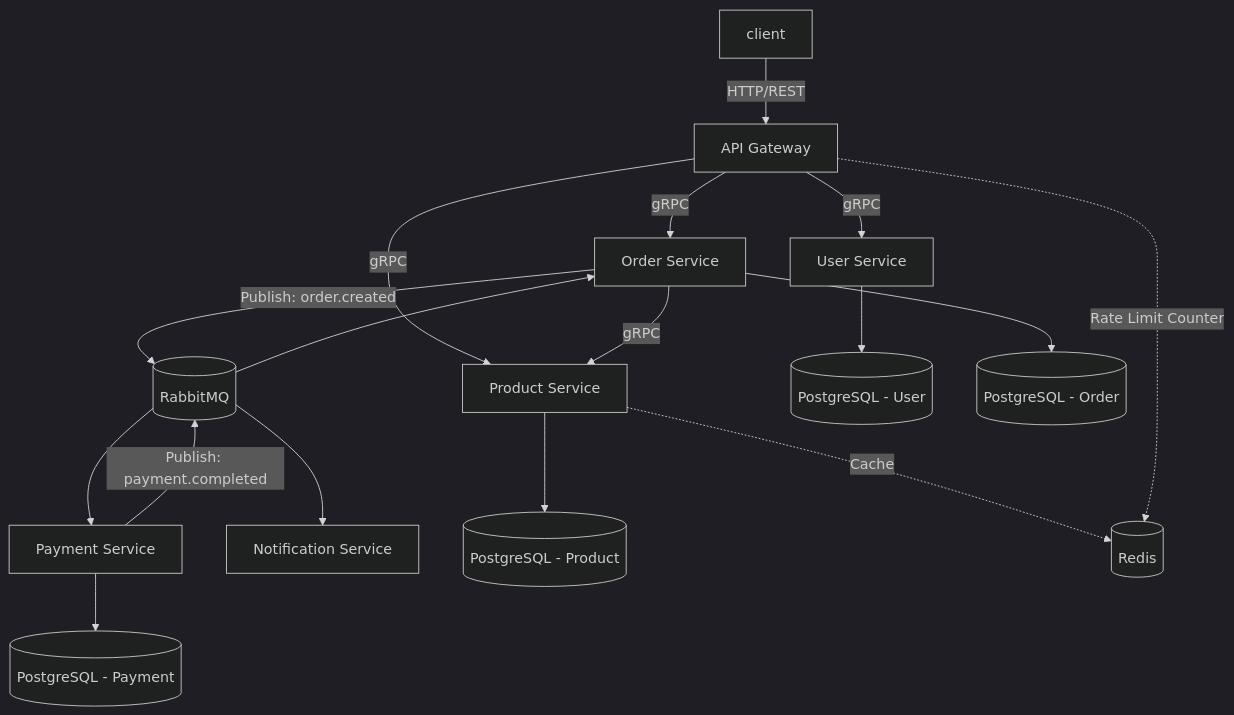
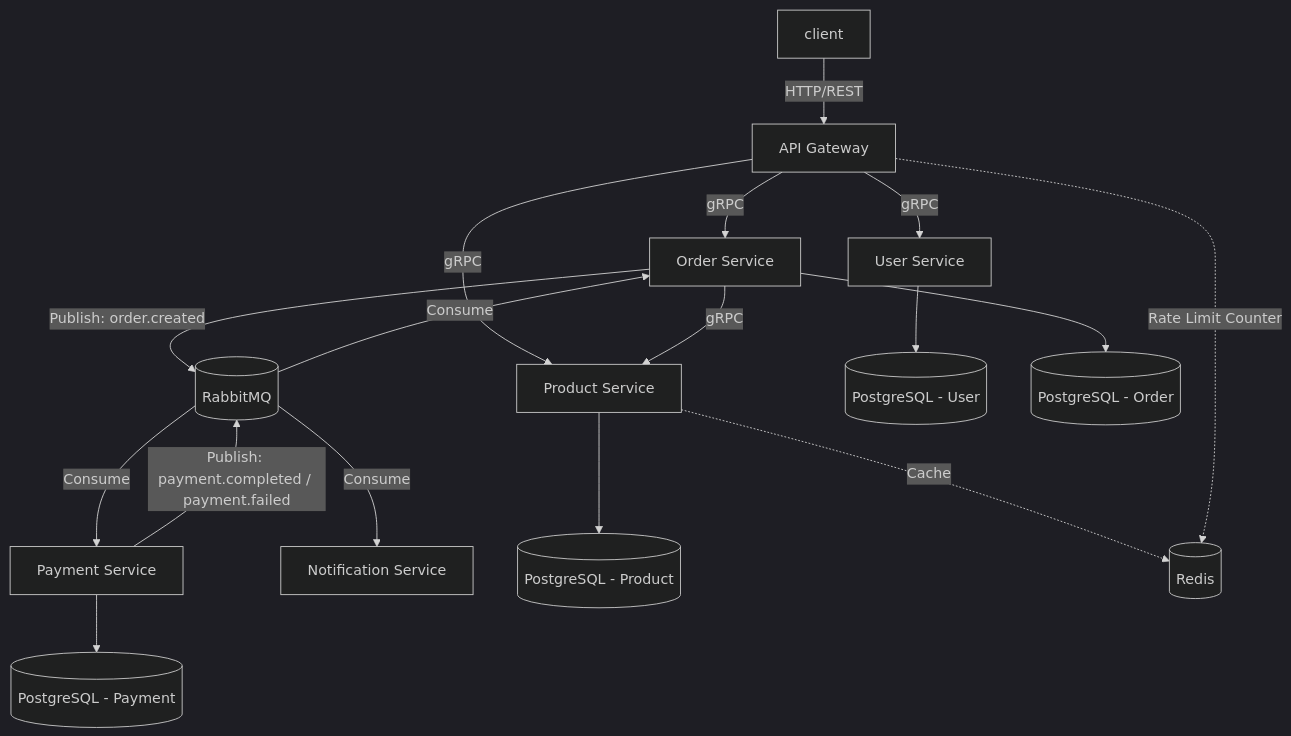
One commit to avas1436/golang-gin changed the first of 3 diagrams in docs/architecture.md. Above: the diagram before and after it, drawn with Mermaid (dark theme). The commit also changed other lines of this file, not shown here.

Commit message:
docs(project): add event driven flow to architecture file.

````diff
--- a/docs/architecture.md
+++ b/docs/architecture.md
@@ -13,30 +13,30 @@
 ```mermaid
 graph TD
     Client[Client]
 
     Client[client] -->|HTTP/REST| Gateway[API Gateway]
 
     Gateway -->|gRPC| UserService[User Service]
     Gateway -->|gRPC| ProductService[Product Service]
     Gateway -->|gRPC| OrderService[Order Service]
 
     OrderService -->|gRPC| ProductService
 
     OrderService -->|Publish: order.created| RabbitMQ[(RabbitMQ)]
 
-    RabbitMQ --> PaymentService[Payment Service]
+    RabbitMQ -->|Consume| PaymentService[Payment Service]
 
-    PaymentService -->|Publish: payment.completed| RabbitMQ
+    PaymentService -->|Publish: payment.completed / payment.failed| RabbitMQ
 
-    RabbitMQ --> OrderService
+    RabbitMQ -->|Consume| OrderService
 
-    RabbitMQ --> NotificationService[Notification Service]
+    RabbitMQ -->|Consume| NotificationService[Notification Service]
 
     UserService --> UserDB[(PostgreSQL - User)]
     ProductService --> ProductDB[(PostgreSQL - Product)]
     OrderService --> OrderDB[(PostgreSQL - Order)]
     PaymentService --> PaymentDB[(PostgreSQL - Payment)]
 
     ProductService -.->|Cache| Redis[(Redis)]
     Gateway -.->|Rate Limit Counter| Redis
 ```
````
